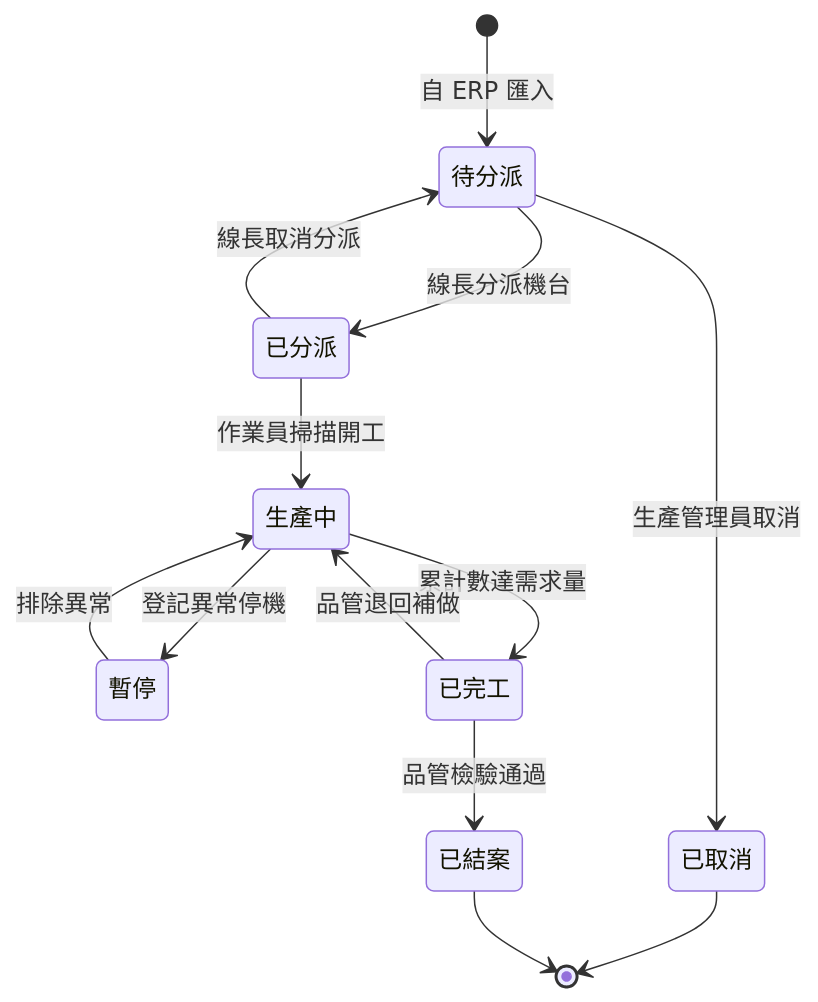
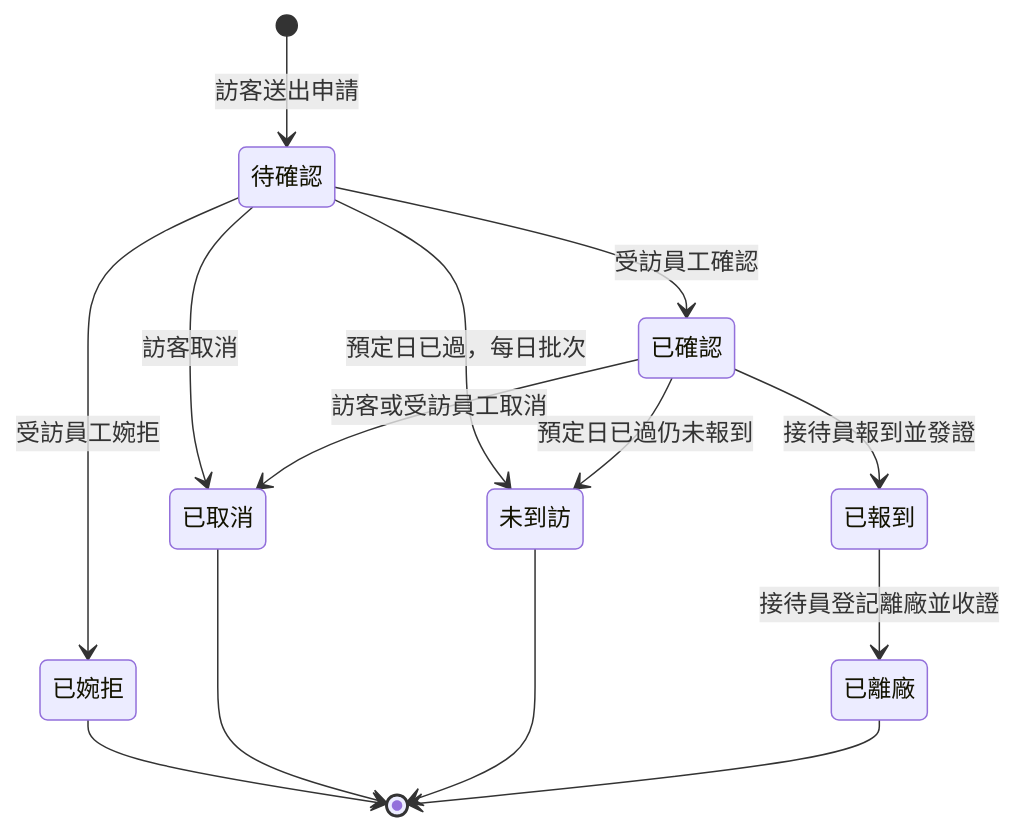
One commit to billy1125/system-analysis-and-design changed the fifth of 6 diagrams in 01-Course-Materials/06-Behavioral-Modeling.md. Above: the diagram before and after it, drawn with Mermaid. The commit also changed other lines of this file and 30 other files, not shown here.

````diff
--- a/01-Course-Materials/06-Behavioral-Modeling.md
+++ b/01-Course-Materials/06-Behavioral-Modeling.md
@@ -306,15 +311,16 @@
 ```mermaid
 stateDiagram-v2
-    [*] --> 待分派: 自 ERP 匯入
-    待分派 --> 已分派: 線長分派機台
-    待分派 --> 已取消: 生產管理員取消
-    已分派 --> 生產中: 作業員掃描開工
-    已分派 --> 待分派: 線長取消分派
-    生產中 --> 暫停: 登記異常停機
-    暫停 --> 生產中: 排除異常
-    生產中 --> 已完工: 累計數達需求量
-    已完工 --> 已結案: 品管檢驗通過
-    已完工 --> 生產中: 品管退回補做
+    [*] --> 待確認: 訪客送出申請
+    待確認 --> 已確認: 受訪員工確認
+    待確認 --> 已婉拒: 受訪員工婉拒
+    待確認 --> 已取消: 訪客取消
+    待確認 --> 未到訪: 預定日已過，每日批次
+    已確認 --> 已報到: 接待員報到並發證
+    已確認 --> 已取消: 訪客或受訪員工取消
+    已確認 --> 未到訪: 預定日已過仍未報到
+    已報到 --> 已離廠: 接待員登記離廠並收證
+    已婉拒 --> [*]
     已取消 --> [*]
-    已結案 --> [*]
+    未到訪 --> [*]
+    已離廠 --> [*]
 ```
````
